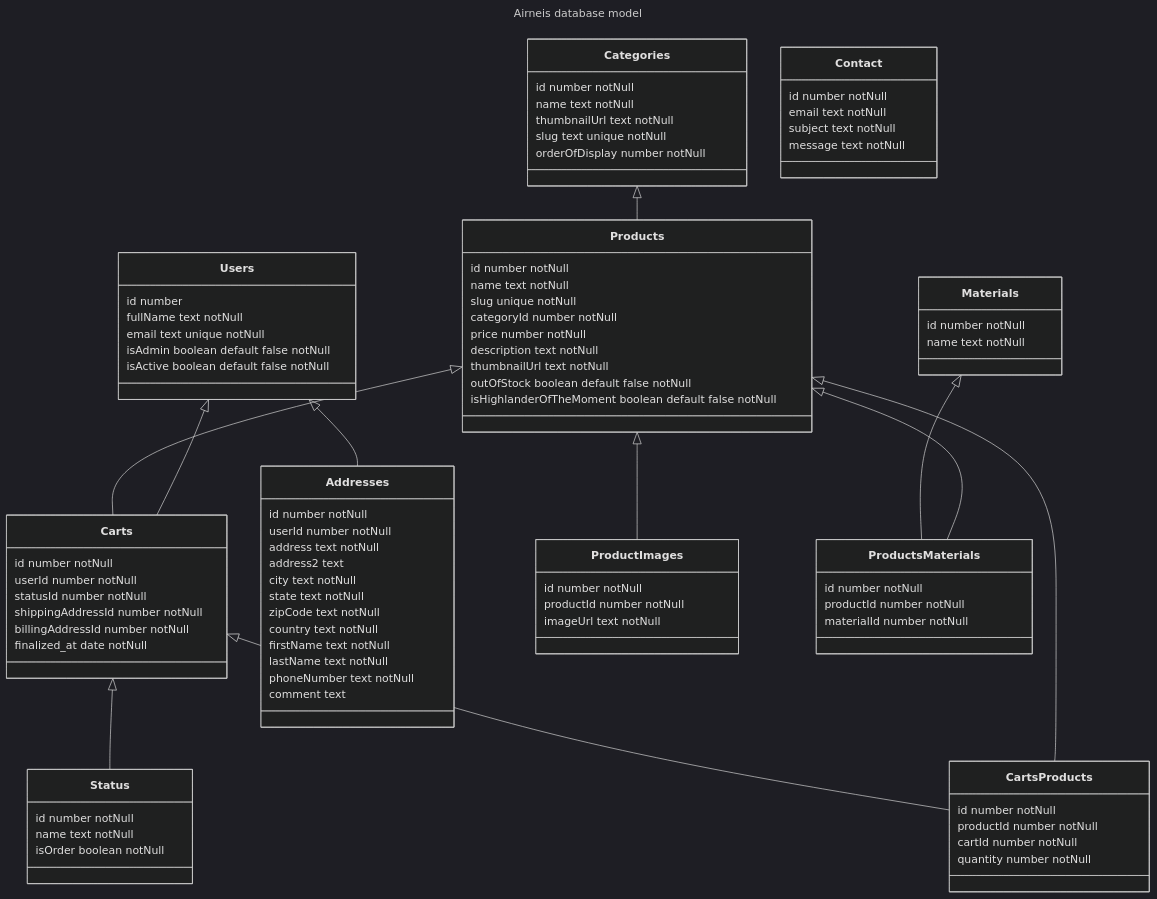
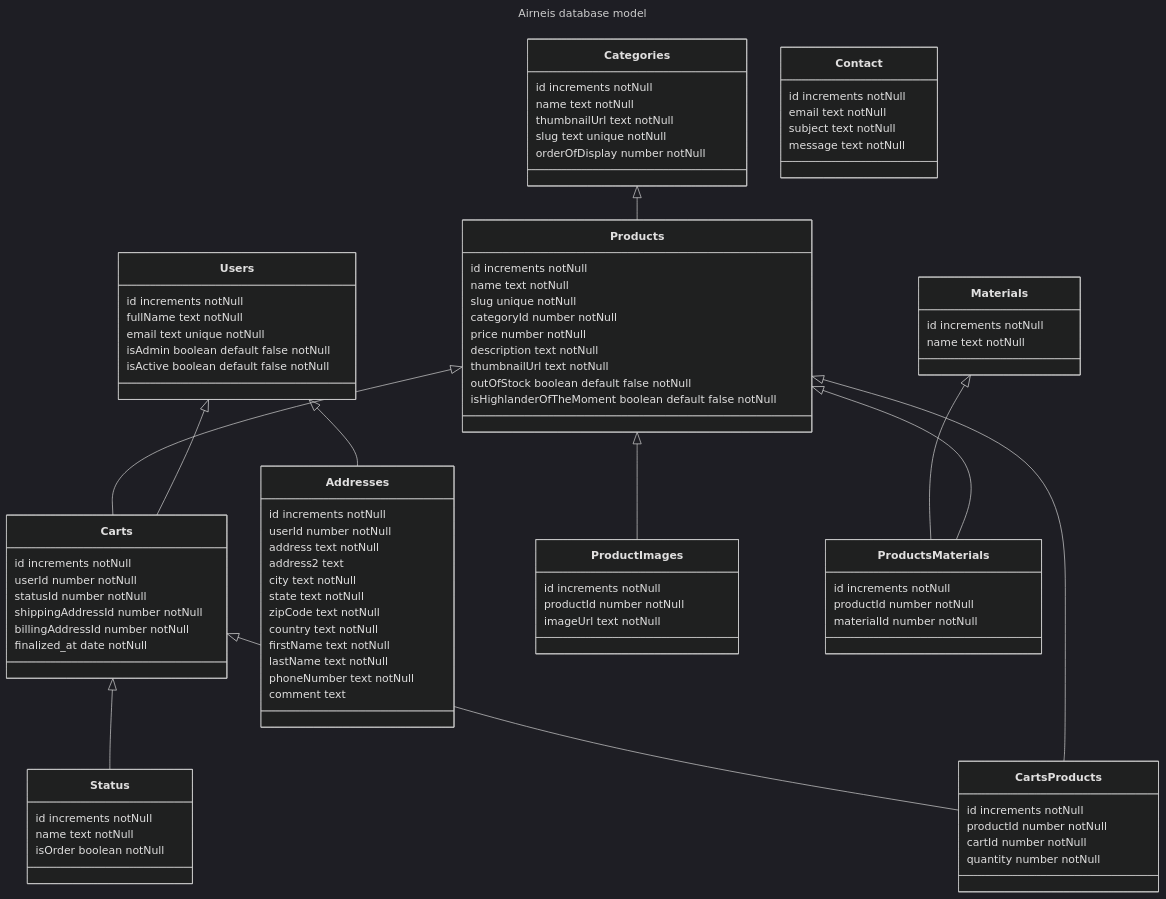
One commit to KrispyTech/airneis changed the diagram in docs/dive-in/2024/01/2024-01-08-model-database.md. Above: the diagram before and after it, drawn with Mermaid (dark theme).

Commit message:
doc:Corrected missing not null + set ids type to increments

```diff
--- a/docs/dive-in/2024/01/2024-01-08-model-database.md
+++ b/docs/dive-in/2024/01/2024-01-08-model-database.md
@@ -19,7 +19,7 @@
 Products <|-- ProductsMaterials
 
 class Users {
-    id number
+    id increments notNull
     fullName text notNull
     email text unique notNull
     isAdmin boolean default false notNull
@@ -27,7 +27,7 @@
 }
 
 class Categories {
-    id number notNull
+    id increments notNull
     name text notNull
     thumbnailUrl text notNull
     slug text unique notNull
@@ -35,7 +35,7 @@
 }
 
 class Products {
-    id number notNull
+    id increments notNull
     name text notNull
     slug unique notNull
     categoryId number notNull
@@ -47,24 +47,24 @@
 }
 
 class ProductImages {
-    id number notNull
+    id increments notNull
     productId number notNull
     imageUrl text notNull
 }
 
 class Materials{
-    id number notNull
+    id increments notNull
     name text notNull
 }
 
 class ProductsMaterials {
-    id number notNull
+    id increments notNull
     productId number notNull
     materialId number notNull
 }
 
 class Addresses {
-    id number notNull
+    id increments notNull
     userId number notNull
     address text notNull
     address2 text
@@ -79,7 +79,7 @@
 }
 
 class Carts {
-    id number notNull
+    id increments notNull
     userId number notNull
     statusId number notNull
     shippingAddressId number notNull
@@ -88,20 +88,20 @@
 }
 
 class Status {
-    id number notNull
+    id increments notNull
     name text notNull
     isOrder boolean notNull
 }
 
 class CartsProducts {
-    id number notNull
+    id increments notNull
     productId number notNull
     cartId number notNull
     quantity number notNull
 }
 
 class Contact {
-    id number notNull
+    id increments notNull
     email text notNull
     subject text notNull
     message text notNull
```
